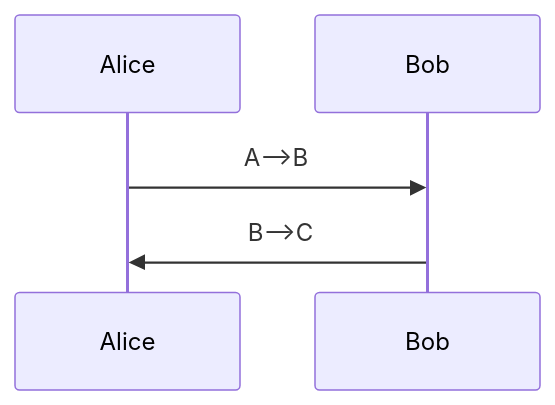
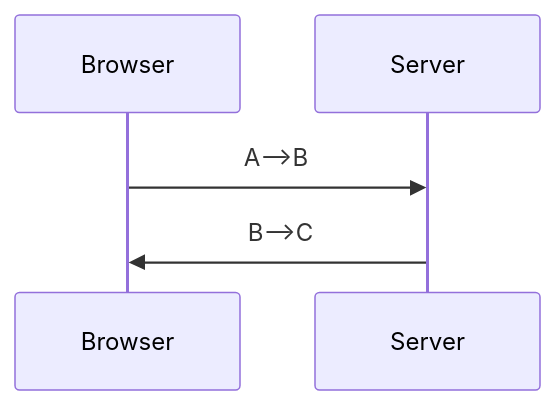
One commit to eemeli3/fullstack_tehtavat changed the diagram in osa0/osa0_tehtavat.md. Above: the diagram before and after it, drawn with Mermaid.

````diff
--- a/osa0/osa0_tehtavat.md
+++ b/osa0/osa0_tehtavat.md
@@ -1,7 +1,7 @@
 ```mermaid
 sequenceDiagram;
-    participant Alice;
-    participant Bob;
-    Alice->>Bob: A-->B;
-    Bob->>Alice: B-->C;
+    participant Browser;
+    participant Server;
+    Browser->>Server: A-->B;
+    Server->>Browser: B-->C;
 ```
````
